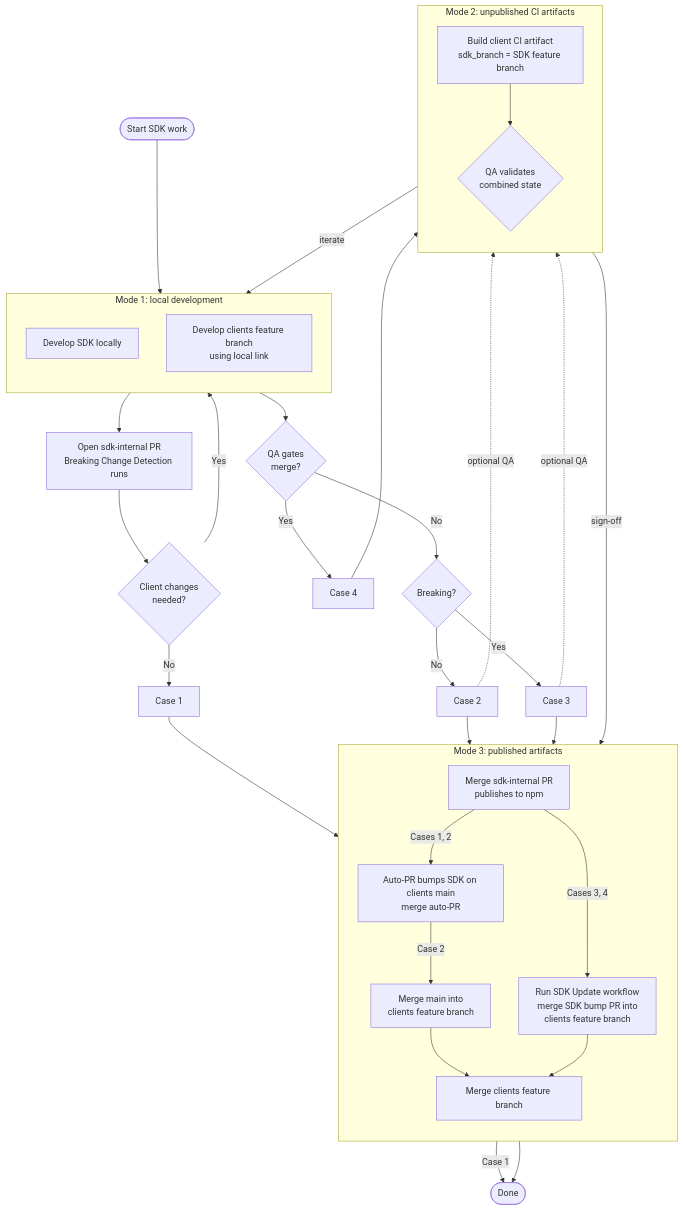
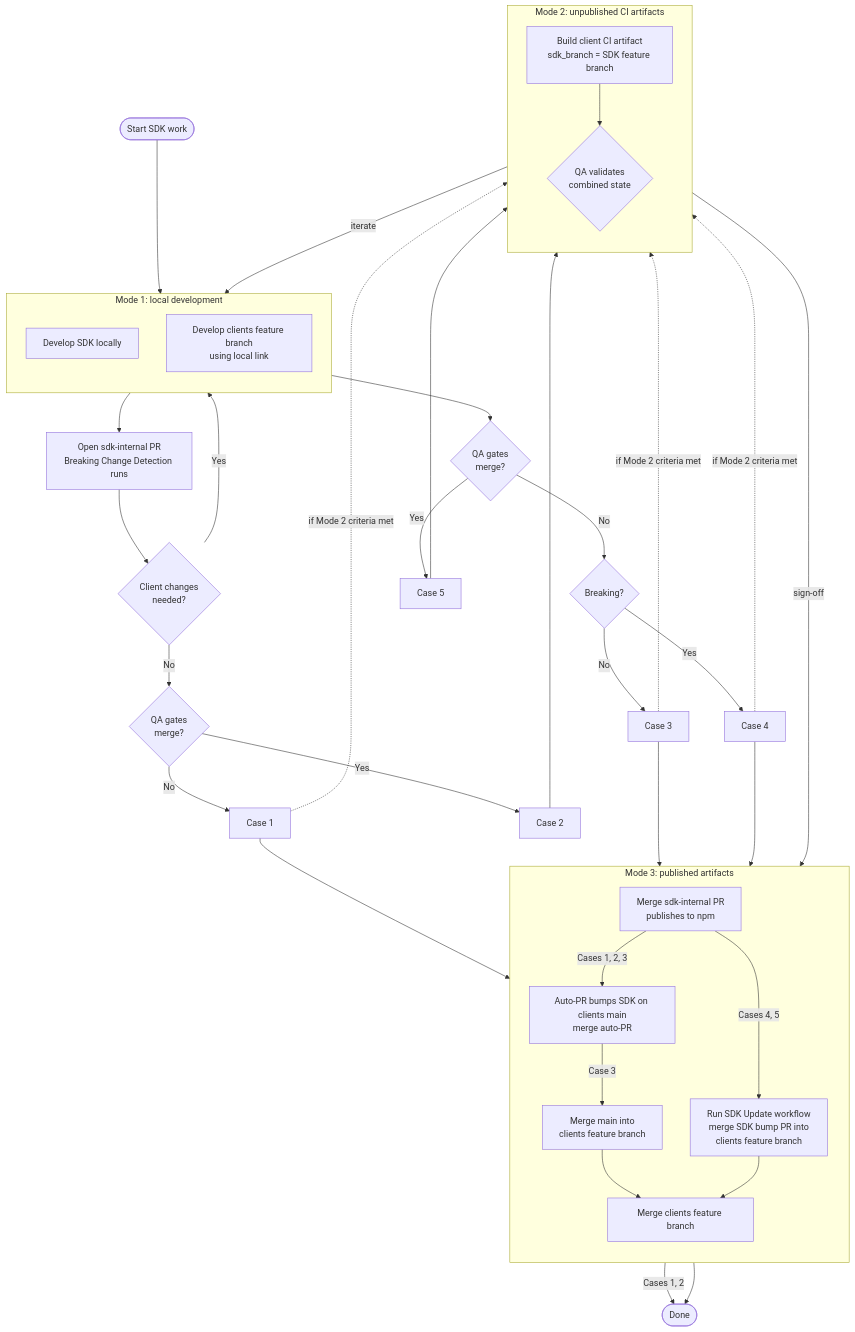
Before and after one commit to bitwarden/sdk-internal: the diagram in README.md, drawn with Mermaid. The commit also changed other lines of this file, not shown here.

Commit message:
Diagram updates.

````diff
--- a/README.md
+++ b/README.md
@@ -104,55 +105,59 @@
 ```mermaid
 flowchart TB
     Start([Start SDK work])
 
     subgraph M1["Mode 1: local development"]
         direction TB
         SDKdev["Develop SDK locally"]
         Clientdev["Develop clients feature branch\nusing local link"]
     end
 
     subgraph M2["Mode 2: unpublished CI artifacts"]
         direction TB
         M2Build["Build client CI artifact\nsdk_branch = SDK feature branch"]
         QA{"QA validates\ncombined state"}
         M2Build --> QA
     end
 
     subgraph M3["Mode 3: published artifacts"]
         direction TB
         MergeSDK["Merge sdk-internal PR\npublishes to npm"]
         AutoPR["Auto-PR bumps SDK on clients main\nmerge auto-PR"]
         MergeMain["Merge main into\nclients feature branch"]
         ManualBump["Run SDK Update workflow\nmerge SDK bump PR into\nclients feature branch"]
         MergeFeature["Merge clients feature branch"]
     end
 
     Start --> SDKdev
     SDKdev --> OpenPR["Open sdk-internal PR\nBreaking Change Detection runs"]
     OpenPR --> Q1{"Client changes\nneeded?"}
-    Q1 -->|No| Case1[Case 1]
+    Q1 -->|No| Q4{"QA gates\nmerge?"}
+    Q4 -->|No| Case1[Case 1]
+    Q4 -->|Yes| Case2[Case 2]
     Q1 -->|Yes| Clientdev
     Clientdev --> Q2{"QA gates\nmerge?"}
-    Q2 -->|Yes| Case4[Case 4]
     Q2 -->|No| Q3{"Breaking?"}
-    Q3 -->|No| Case2[Case 2]
-    Q3 -->|Yes| Case3[Case 3]
+    Q3 -->|No| Case3[Case 3]
+    Q3 -->|Yes| Case4[Case 4]
+    Q2 -->|Yes| Case5[Case 5]
 
+    Case1 -.if Mode 2 criteria met.-> M2Build
     Case1 --> MergeSDK
-    Case2 -.optional QA.-> M2Build
-    Case2 --> MergeSDK
-    Case3 -.optional QA.-> M2Build
+    Case2 --> M2Build
+    Case3 -.if Mode 2 criteria met.-> M2Build
     Case3 --> MergeSDK
-    Case4 --> M2Build
+    Case4 -.if Mode 2 criteria met.-> M2Build
+    Case4 --> MergeSDK
+    Case5 --> M2Build
 
     QA -->|iterate| Clientdev
     QA -->|sign-off| MergeSDK
 
-    MergeSDK -->|Cases 1, 2| AutoPR
-    AutoPR -->|Case 1| Done([Done])
-    AutoPR -->|Case 2| MergeMain
+    MergeSDK -->|Cases 1, 2, 3| AutoPR
+    AutoPR -->|Cases 1, 2| Done([Done])
+    AutoPR -->|Case 3| MergeMain
     MergeMain --> MergeFeature
-    MergeSDK -->|Cases 3, 4| ManualBump
+    MergeSDK -->|Cases 4, 5| ManualBump
     ManualBump --> MergeFeature
     MergeFeature --> Done
 ```
````
